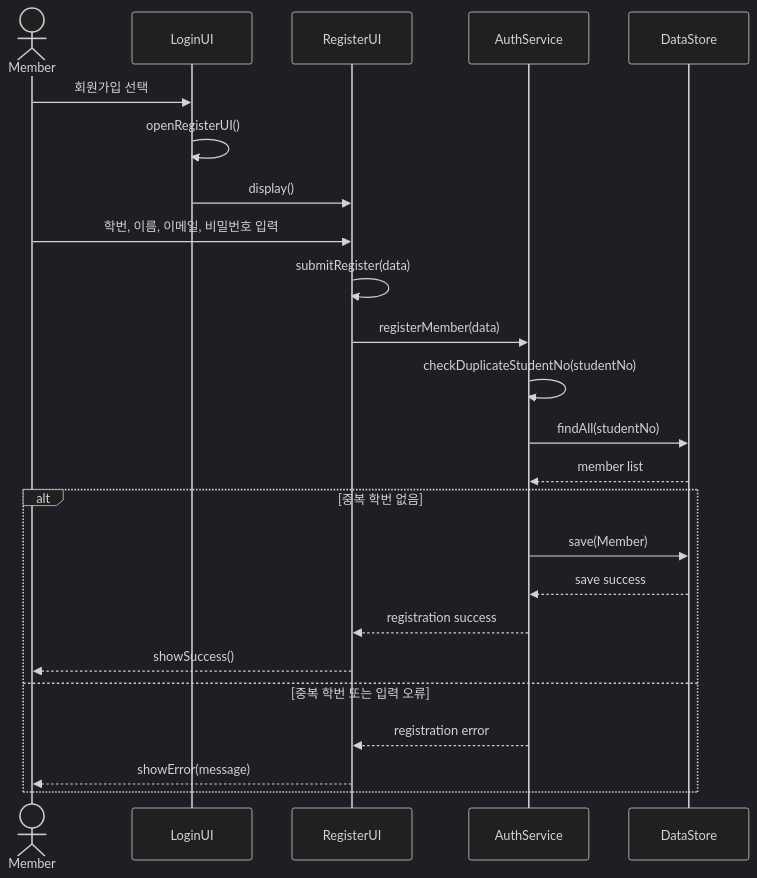
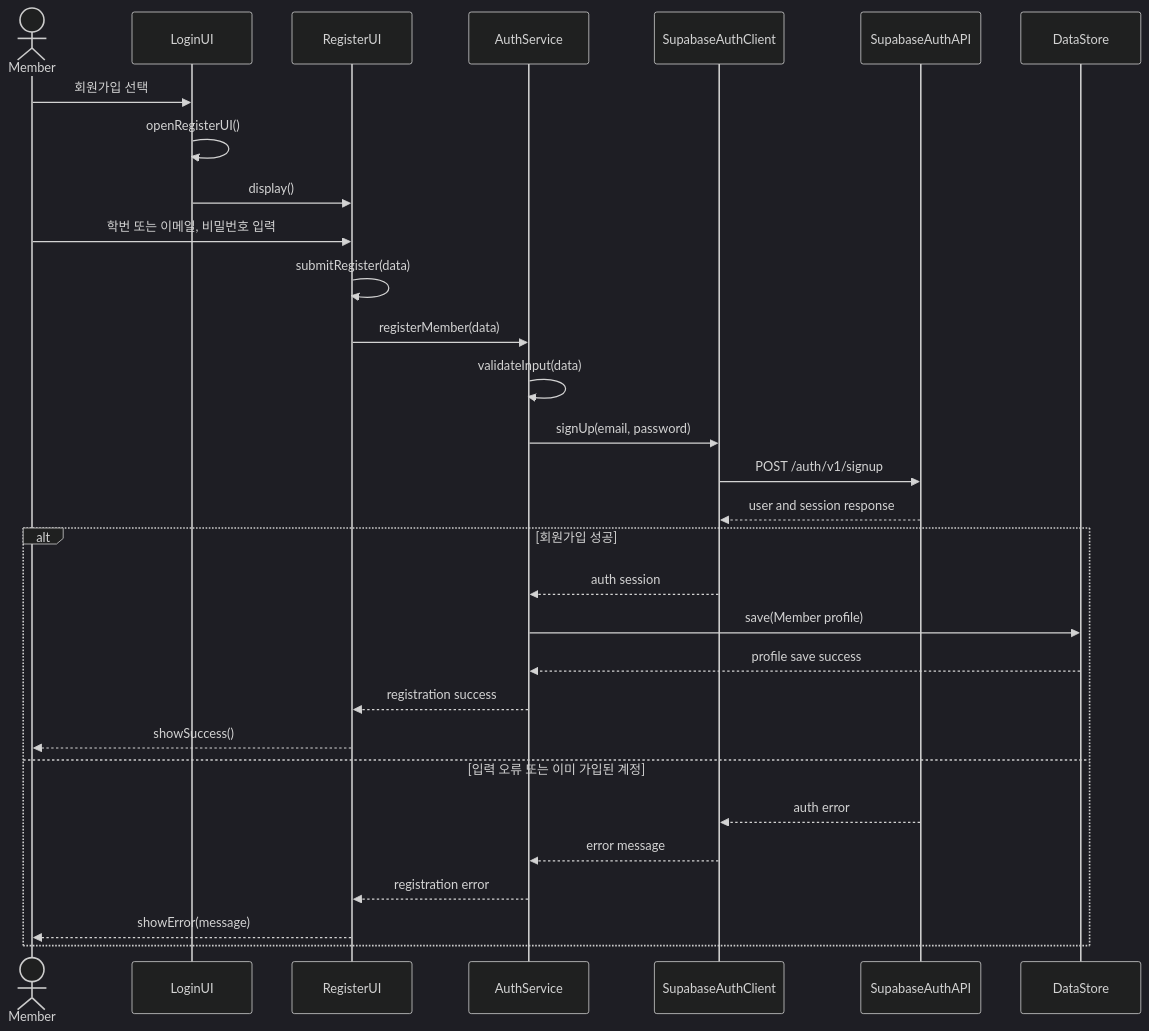
Before and after one commit to goldong23/Jo-Yul: the second of 16 diagrams in Design_22411923_홍주은.md, drawn with Mermaid (dark theme). The commit also changed other lines of this file and 19 other files, not shown here.

````diff
--- a/Design_22411923_홍주은.md
+++ b/Design_22411923_홍주은.md
@@ -316,27 +339,33 @@
 ```mermaid
 sequenceDiagram
     actor Member
     participant LoginUI
     participant RegisterUI
     participant AuthService
+    participant SupabaseAuthClient
+    participant SupabaseAuthAPI
     participant DataStore
 
     Member->>LoginUI: 회원가입 선택
     LoginUI->>LoginUI: openRegisterUI()
     LoginUI->>RegisterUI: display()
-    Member->>RegisterUI: 학번, 이름, 이메일, 비밀번호 입력
+    Member->>RegisterUI: 학번 또는 이메일, 비밀번호 입력
     RegisterUI->>RegisterUI: submitRegister(data)
     RegisterUI->>AuthService: registerMember(data)
-    AuthService->>AuthService: checkDuplicateStudentNo(studentNo)
-    AuthService->>DataStore: findAll(studentNo)
-    DataStore-->>AuthService: member list
-    alt 중복 학번 없음
-        AuthService->>DataStore: save(Member)
-        DataStore-->>AuthService: save success
+    AuthService->>AuthService: validateInput(data)
+    AuthService->>SupabaseAuthClient: signUp(email, password)
+    SupabaseAuthClient->>SupabaseAuthAPI: POST /auth/v1/signup
+    SupabaseAuthAPI-->>SupabaseAuthClient: user and session response
+    alt 회원가입 성공
+        SupabaseAuthClient-->>AuthService: auth session
+        AuthService->>DataStore: save(Member profile)
+        DataStore-->>AuthService: profile save success
         AuthService-->>RegisterUI: registration success
         RegisterUI-->>Member: showSuccess()
-    else 중복 학번 또는 입력 오류
+    else 입력 오류 또는 이미 가입된 계정
+        SupabaseAuthAPI-->>SupabaseAuthClient: auth error
+        SupabaseAuthClient-->>AuthService: error message
         AuthService-->>RegisterUI: registration error
         RegisterUI-->>Member: showError(message)
     end
 ```
````
